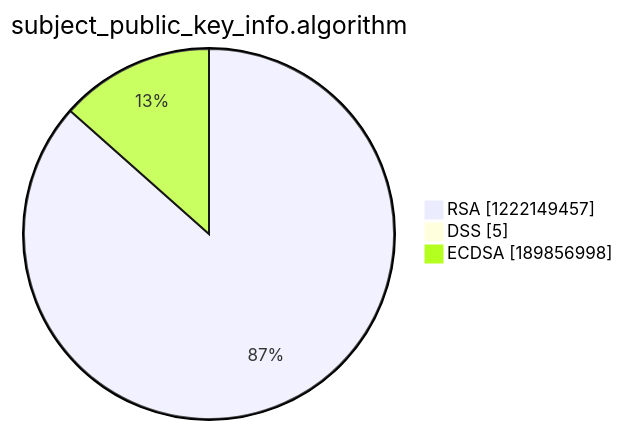
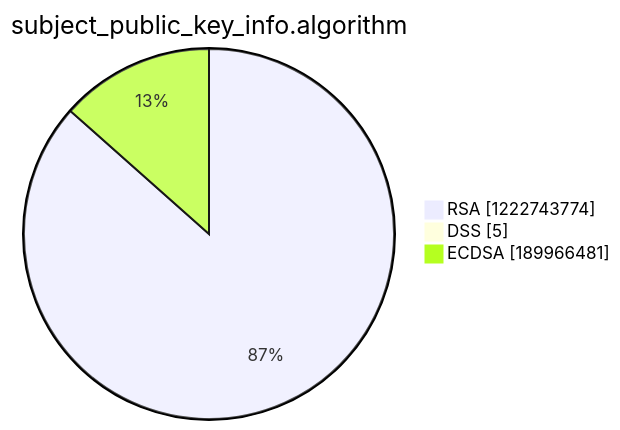
The third of 15 diagrams in argon2022/README.md (christiankrug/ctmonitor_visualization), drawn with Mermaid before and after one commit. The commit also changed other lines of this file, not shown here.

````diff
--- a/argon2022/README.md
+++ b/argon2022/README.md
@@ -14,7 +14,7 @@
 ```mermaid
 pie showData
 title subject_public_key_info.algorithm
-"RSA" :1222149457
+"RSA" :1222743774
 "DSS" :5
-"ECDSA" :189856998
+"ECDSA" :189966481
 ```
````
